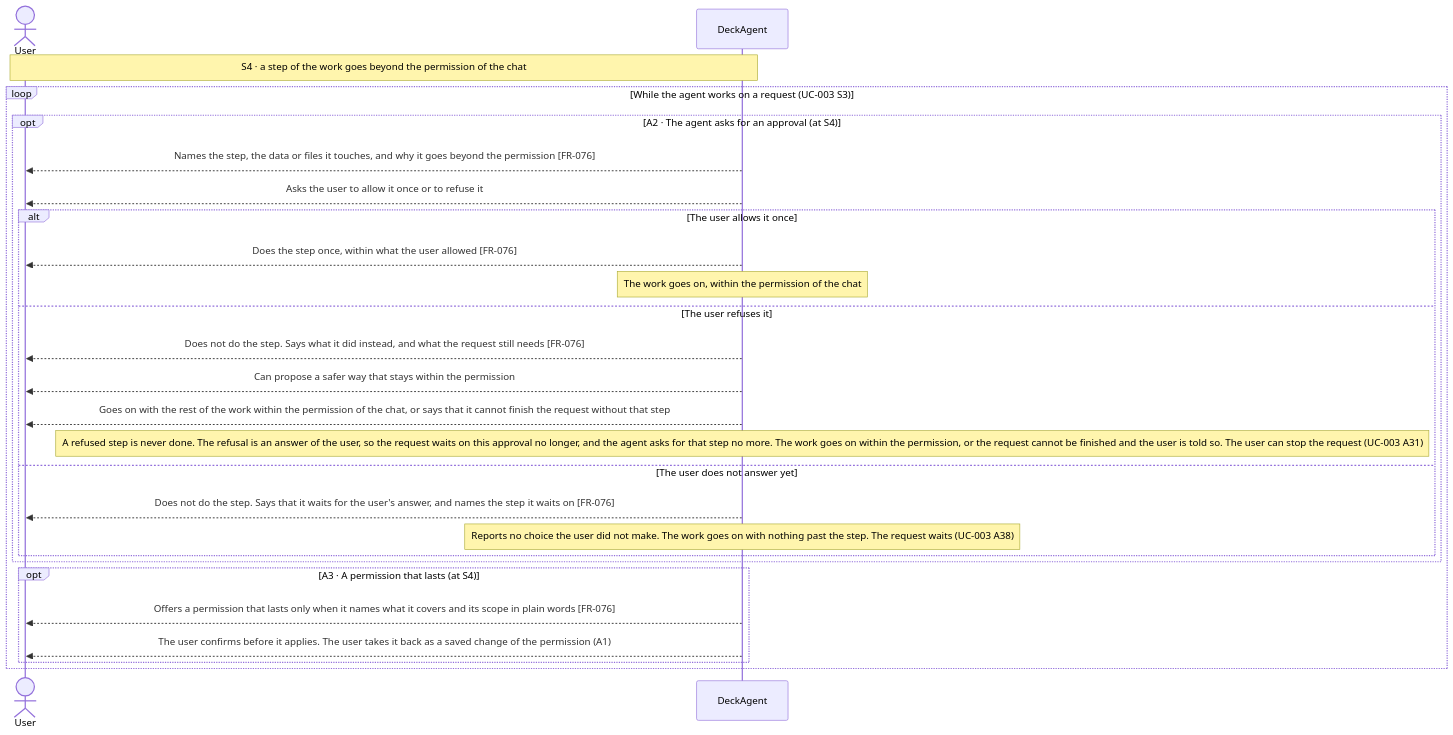
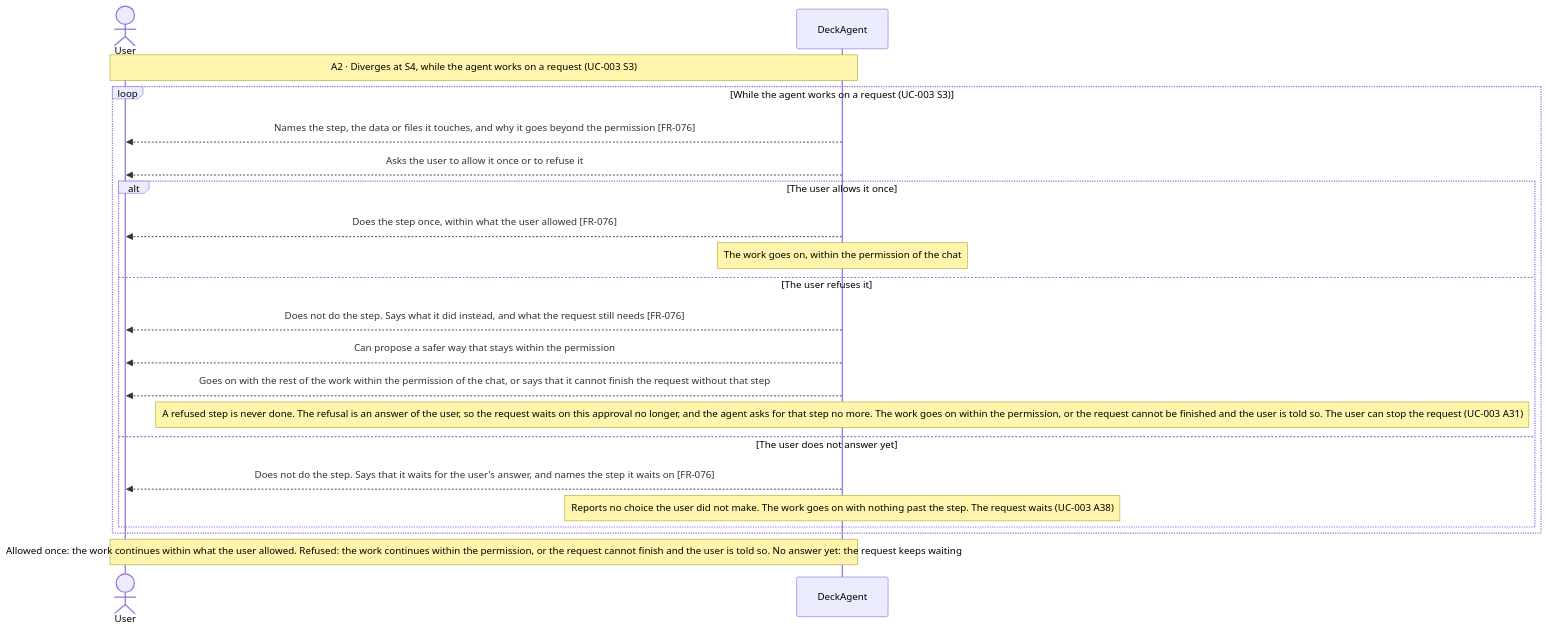
Before and after one commit to Luke23127006/DeckAgent: the third of 4 diagrams in docs/spec/03-use-cases/UC-014.md, drawn with Mermaid. The commit also changed other lines of this file and 25 other files, not shown here.

Commit message:
docs(spec): restructure use cases with main flow first

````diff
--- a/docs/spec/03-use-cases/UC-014.md
+++ b/docs/spec/03-use-cases/UC-014.md
@@ -65,28 +75,23 @@
 ```mermaid
 sequenceDiagram
     actor User
     participant DeckAgent
-    Note over User,DeckAgent: S4 · a step of the work goes beyond the permission of the chat
+    Note over User,DeckAgent: A2 · Diverges at S4, while the agent works on a request (UC-003 S3)
     loop While the agent works on a request (UC-003 S3)
-        opt A2 · The agent asks for an approval (at S4)
-            DeckAgent-->>User: Names the step, the data or files it touches, and why it goes beyond the permission [FR-076]
-            DeckAgent-->>User: Asks the user to allow it once or to refuse it
-            alt The user allows it once
-                DeckAgent-->>User: Does the step once, within what the user allowed [FR-076]
-                note over DeckAgent: The work goes on, within the permission of the chat
-            else The user refuses it
-                DeckAgent-->>User: Does not do the step. Says what it did instead, and what the request still needs [FR-076]
-                DeckAgent-->>User: Can propose a safer way that stays within the permission
-                DeckAgent-->>User: Goes on with the rest of the work within the permission of the chat, or says that it cannot finish the request without that step
-                note over DeckAgent: A refused step is never done. The refusal is an answer of the user, so the request waits on this approval no longer, and the agent asks for that step no more. The work goes on within the permission, or the request cannot be finished and the user is told so. The user can stop the request (UC-003 A31)
-            else The user does not answer yet
-                DeckAgent-->>User: Does not do the step. Says that it waits for the user's answer, and names the step it waits on [FR-076]
-                note over DeckAgent: Reports no choice the user did not make. The work goes on with nothing past the step. The request waits (UC-003 A38)
-            end
-        end
-        opt A3 · A permission that lasts (at S4)
-            DeckAgent-->>User: Offers a permission that lasts only when it names what it covers and its scope in plain words [FR-076]
-            DeckAgent-->>User: The user confirms before it applies. The user takes it back as a saved change of the permission (A1)
+        DeckAgent-->>User: Names the step, the data or files it touches, and why it goes beyond the permission [FR-076]
+        DeckAgent-->>User: Asks the user to allow it once or to refuse it
+        alt The user allows it once
+            DeckAgent-->>User: Does the step once, within what the user allowed [FR-076]
+            note over DeckAgent: The work goes on, within the permission of the chat
+        else The user refuses it
+            DeckAgent-->>User: Does not do the step. Says what it did instead, and what the request still needs [FR-076]
+            DeckAgent-->>User: Can propose a safer way that stays within the permission
+            DeckAgent-->>User: Goes on with the rest of the work within the permission of the chat, or says that it cannot finish the request without that step
+            note over DeckAgent: A refused step is never done. The refusal is an answer of the user, so the request waits on this approval no longer, and the agent asks for that step no more. The work goes on within the permission, or the request cannot be finished and the user is told so. The user can stop the request (UC-003 A31)
+        else The user does not answer yet
+            DeckAgent-->>User: Does not do the step. Says that it waits for the user's answer, and names the step it waits on [FR-076]
+            note over DeckAgent: Reports no choice the user did not make. The work goes on with nothing past the step. The request waits (UC-003 A38)
         end
     end
+    Note over User,DeckAgent: Allowed once: the work continues within what the user allowed. Refused: the work continues within the permission, or the request cannot finish and the user is told so. No answer yet: the request keeps waiting
 ```
````
